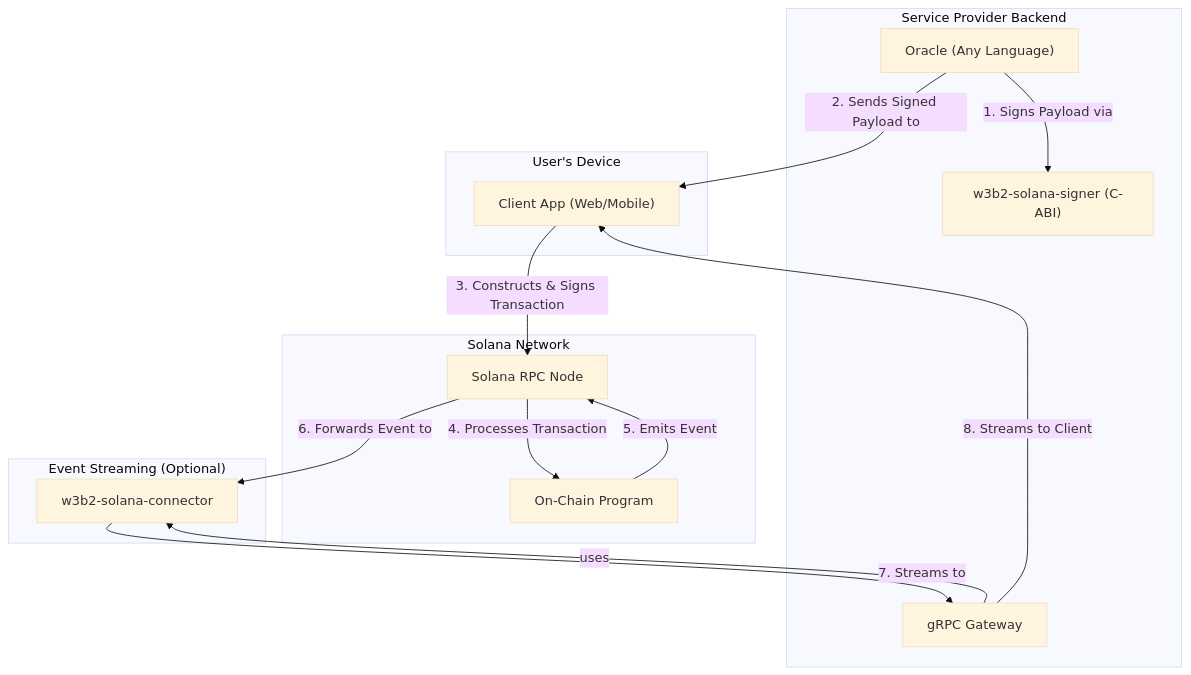
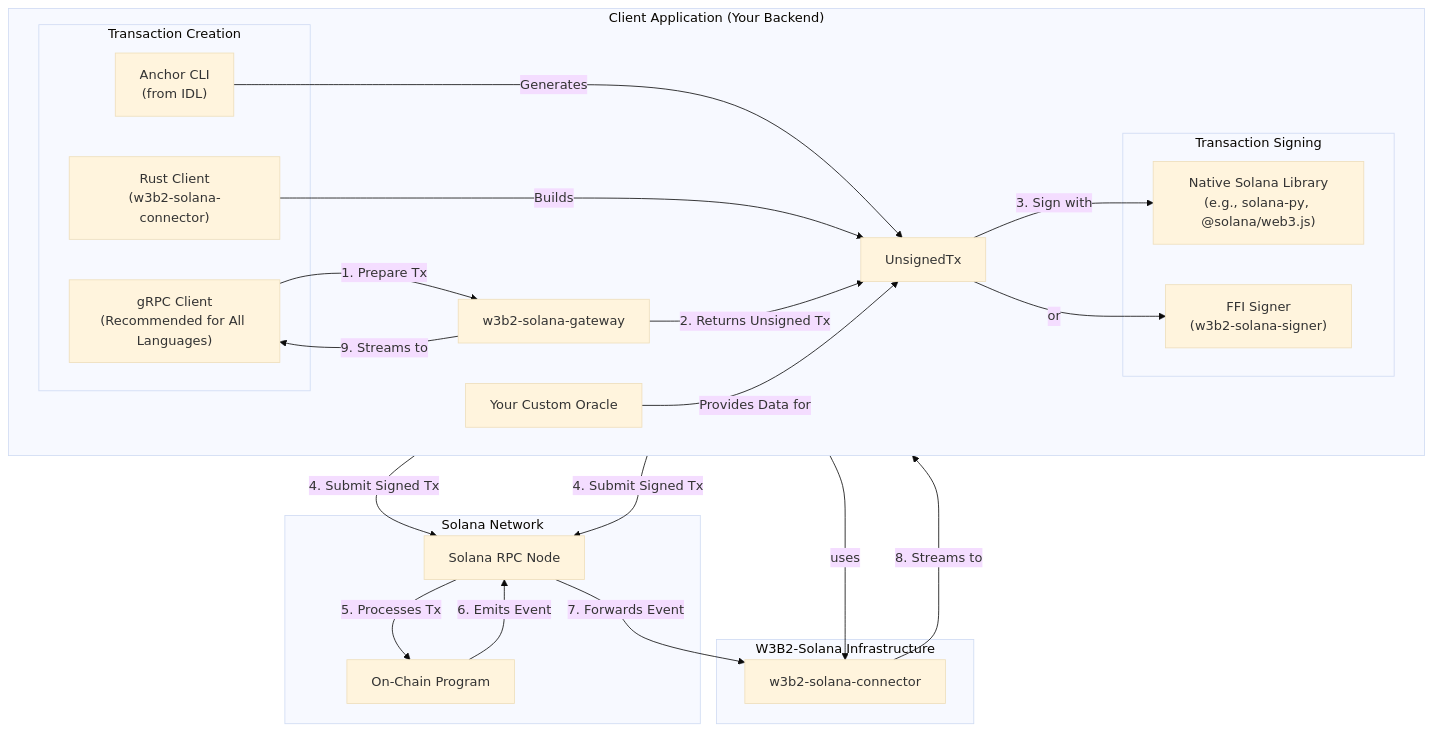
The diagram in README.md (m62624/w3b2-solana), drawn with Mermaid (base theme) before and after one commit. The commit also changed other lines of this file and 14 other files, not shown here.

First line of the commit message:
Docs: Update Signer and Gateway Documentation

````diff
--- a/README.md
+++ b/README.md
@@ -15,32 +19,46 @@
 ```mermaid
 graph TD
-    subgraph "Service Provider Backend"
-        Oracle["Oracle (Any Language)"]
-        Signer["w3b2-solana-signer (C-ABI)"]
-        Gateway["gRPC Gateway"]
+    subgraph "Client Application (Your Backend)"
+        direction LR
+        subgraph "Transaction Creation"
+            A["Anchor CLI<br>(from IDL)"]
+            B["Rust Client<br>(w3b2-solana-connector)"]
+            C["gRPC Client<br>(Recommended for All Languages)"]
+        end
 
-        Oracle -- "1. Signs Payload via" --> Signer
+        subgraph "Transaction Signing"
+            D["Native Solana Library<br>(e.g., solana-py, @solana/web3.js)"]
+            E["FFI Signer<br>(w3b2-solana-signer)"]
+        end
+
+        Oracle["Your Custom Oracle"]
+
+        C -- "1. Prepare Tx" --> Gateway
+        A -- "Generates" --> UnsignedTx
+        B -- "Builds" --> UnsignedTx
+        Gateway -- "2. Returns Unsigned Tx" --> UnsignedTx
+        UnsignedTx -- "3. Sign with" --> D
+        UnsignedTx -- "or" --> E
+        Oracle -- "Provides Data for" --> UnsignedTx
     end
 
-    subgraph "User's Device"
-        Client["Client App (Web/Mobile)"]
+    subgraph "W3B2-Solana Infrastructure"
+        Gateway["w3b2-solana-gateway"]
+        Connector["w3b2-solana-connector"]
+        Gateway -- "uses" --> Connector
     end
 
     subgraph "Solana Network"
         RPC["Solana RPC Node"]
         Program["On-Chain Program"]
     end
 
-    subgraph "Event Streaming (Optional)"
-        Connector["w3b2-solana-connector"]
-        Gateway -- "uses" --> Connector
-    end
+    D -- "4. Submit Signed Tx" --> RPC
+    E -- "4. Submit Signed Tx" --> RPC
 
-    Oracle -- "2. Sends Signed Payload to" --> Client
-    Client -- "3. Constructs & Signs Transaction" --> RPC
-    RPC -- "4. Processes Transaction" --> Program
-    Program -- "5. Emits Event" --> RPC
-    RPC -- "6. Forwards Event to" --> Connector
-    Connector -- "7. Streams to" --> Gateway
-    Gateway -- "8. Streams to Client" --> Client
+    RPC -- "5. Processes Tx" --> Program
+    Program -- "6. Emits Event" --> RPC
+    RPC -- "7. Forwards Event" --> Connector
+    Connector -- "8. Streams to" --> Gateway
+    Gateway -- "9. Streams to" --> C
 ```
````
